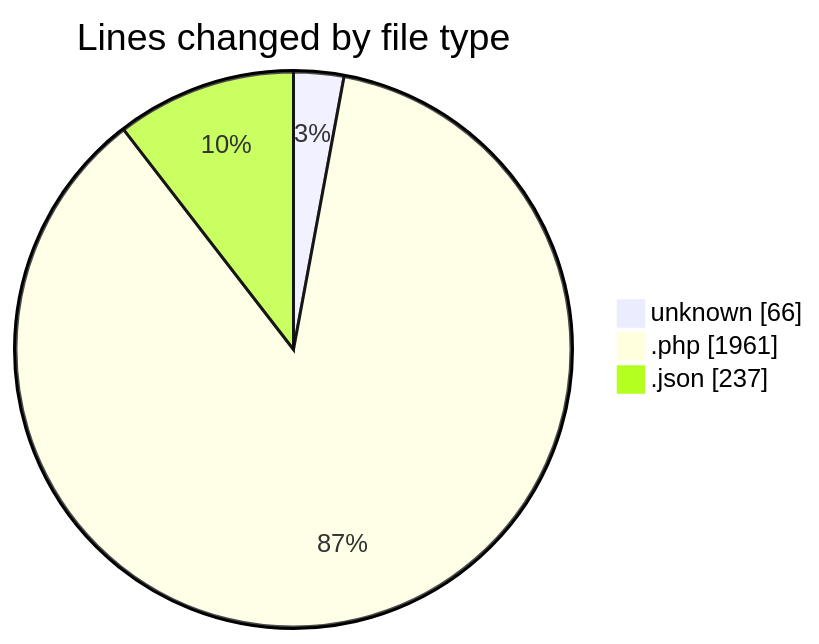
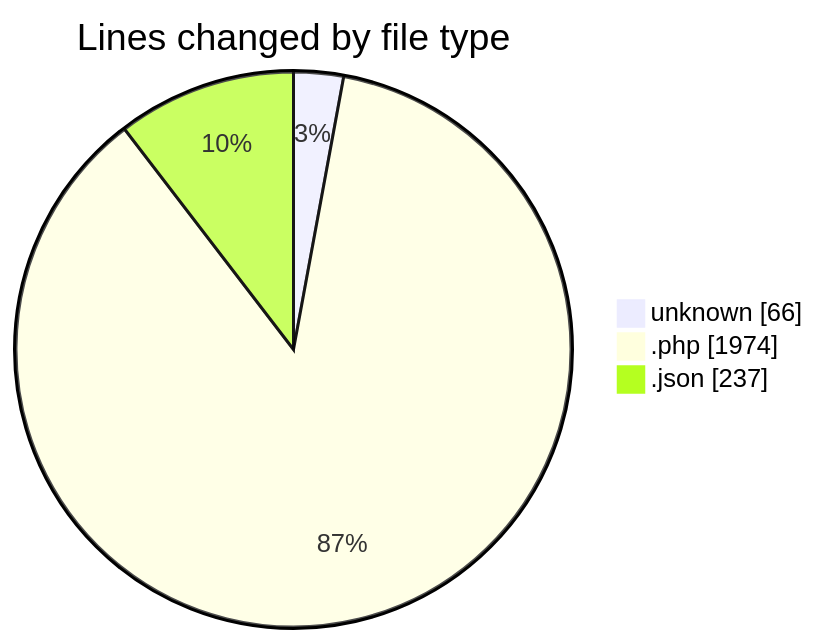
One commit to idhammustaqopulfikri/code-tracking changed the first of 2 diagrams in 2025-05-15/bookingpodcas/README.md. Above: the diagram before and after it, drawn with Mermaid. The commit also changed other lines of this file and 1 other file, not shown here.

````diff
--- a/2025-05-15/bookingpodcas/README.md
+++ b/2025-05-15/bookingpodcas/README.md
@@ -26,7 +27,7 @@
 ```mermaid
 pie showData
 title Lines changed by file type
 "unknown" : 66
-".php" : 1961
+".php" : 1974
 ".json" : 237
 ```
````
